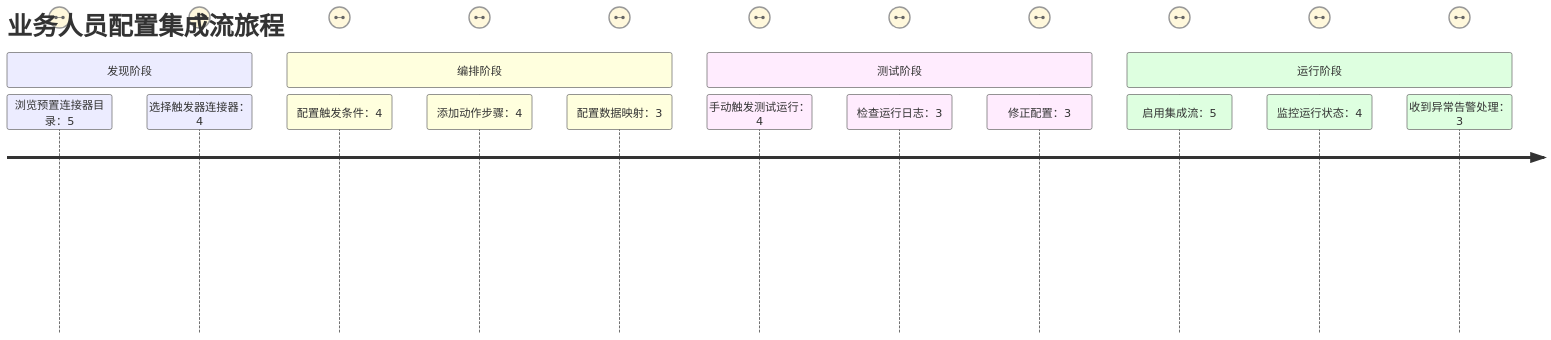
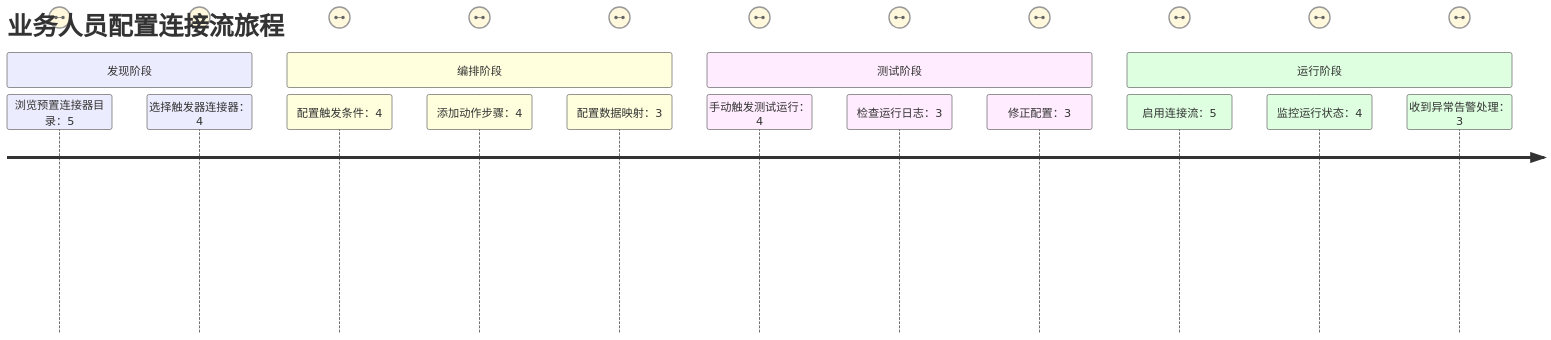
The fifth of 10 diagrams in .sddu/specs-tree-root/specs-tree-connector-platform/discovery-report.md (THZSummer/open-app), drawn with Mermaid before and after one commit. The commit also changed other lines of this file, not shown here.

````diff
--- a/.sddu/specs-tree-root/specs-tree-connector-platform/discovery-report.md
+++ b/.sddu/specs-tree-root/specs-tree-connector-platform/discovery-report.md
@@ -237,19 +237,19 @@
 ```mermaid
 journey
-    title 业务人员配置集成流旅程
+    title 业务人员配置连接流旅程
     section 发现阶段
       浏览预置连接器目录：5: 业务人员
       选择触发器连接器：4: 业务人员
     section 编排阶段
       配置触发条件：4: 业务人员
       添加动作步骤：4: 业务人员
       配置数据映射：3: 业务人员
     section 测试阶段
       手动触发测试运行：4: 业务人员
       检查运行日志：3: 业务人员
       修正配置：3: 业务人员
     section 运行阶段
-      启用集成流：5: 业务人员
+      启用连接流：5: 业务人员
       监控运行状态：4: 业务人员
       收到异常告警处理：3: 业务人员
 ```
````
